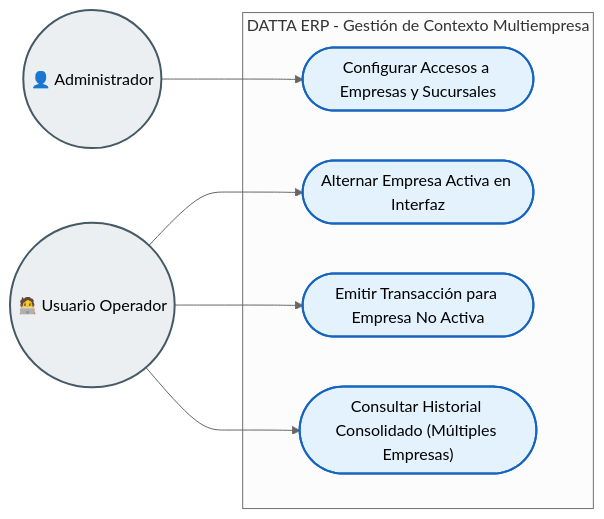
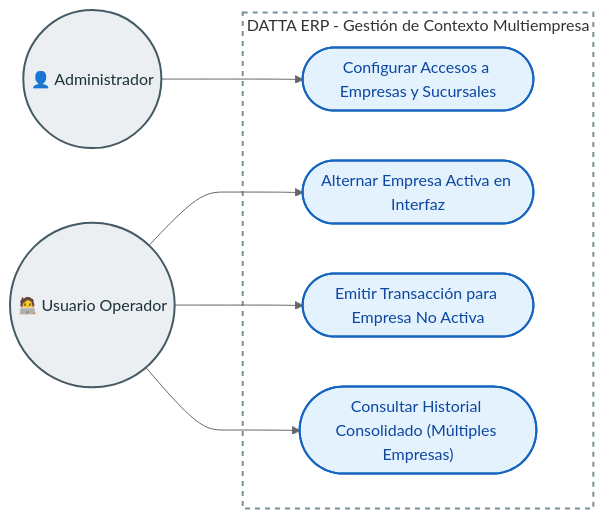
Before and after one commit to arturomiranda/ds-qs: the second of 4 diagrams in data/1. Principales/Tablas/001_Arquitectura_Multiempresa.md, drawn with Mermaid (neutral theme). The commit also changed other lines of this file and 1 other file, not shown here.

Commit message:
Mejoras en los colores de los diagramas UML

````diff
--- a/data/1. Principales/Tablas/001_Arquitectura_Multiempresa.md
+++ b/data/1. Principales/Tablas/001_Arquitectura_Multiempresa.md
@@ -73,29 +73,32 @@
 ```mermaid
 flowchart LR
-    %% Estilos UML
-    classDef actor fill:#eceff1,stroke:#455a64,stroke-width:2px
-    classDef usecase fill:#e3f2fd,stroke:#1565c0,stroke-width:2px,shape:ellipse
+    %% Estilos UML corregidos para modo oscuro (se añade 'color')
+    classDef actor fill:#eceff1,stroke:#455a64,stroke-width:2px,color:#1c313a
+    classDef usecase fill:#e3f2fd,stroke:#1565c0,stroke-width:2px,shape:ellipse,color:#0d47a1
 
     %% Actores Externos Reales
     Admin(("👤 Administrador")):::actor
     Operador(("🧑‍💻 Usuario Operador")):::actor
 
-    %% Límite del Sistema
-    subgraph "DATTA ERP - Gestión de Contexto Multiempresa"
-        
+    %% Límite del Sistema (con ID asignado para poder estilizarlo)
+    subgraph sistema ["DATTA ERP - Gestión de Contexto Multiempresa"]
+
         %% Casos de Uso del Administrador
         Asignar(["Configurar Accesos a Empresas y Sucursales"]):::usecase
-        
+
         %% Casos de Uso del Operador
         Alternar(["Alternar Empresa Activa en Interfaz"]):::usecase
         OperarCruzado(["Emitir Transacción para Empresa No Activa"]):::usecase
         ConsultarGlobal(["Consultar Historial Consolidado (Múltiples Empresas)"]):::usecase
     end
 
+    %% Estilo adaptativo para el recuadro del sistema (sin fondo fijo)
+    style sistema fill:none,stroke:#78909c,stroke-width:2px,stroke-dasharray: 5 5
+
     %% Interacciones
     Admin ---> Asignar
-    
+
     Operador ---> Alternar
     Operador ---> OperarCruzado
     Operador ---> ConsultarGlobal
 ```
````
